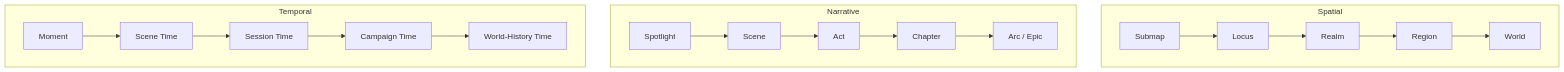
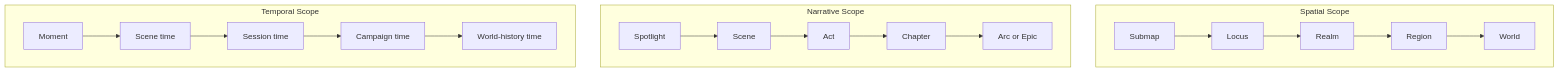
Before and after one commit to robert-kurcina/vault-age: the diagram in 25_Spatial_Narrative_Temporal_Scope/WP_02B_Spatial_Narrative_Temporal_Scope.md, drawn with Mermaid. The commit also changed other lines of this file and 21 other files, not shown here.

````diff
--- a/25_Spatial_Narrative_Temporal_Scope/WP_02B_Spatial_Narrative_Temporal_Scope.md
+++ b/25_Spatial_Narrative_Temporal_Scope/WP_02B_Spatial_Narrative_Temporal_Scope.md
@@ -17,12 +13,12 @@
 ```mermaid
 flowchart TB
-    subgraph Spatial
+    subgraph Spatial Scope
       S1[Submap] --> S2[Locus] --> S3[Realm] --> S4[Region] --> S5[World]
     end
-    subgraph Narrative
-      N1[Spotlight] --> N2[Scene] --> N3[Act] --> N4[Chapter] --> N5[Arc / Epic]
+    subgraph Narrative Scope
+      N1[Spotlight] --> N2[Scene] --> N3[Act] --> N4[Chapter] --> N5[Arc or Epic]
     end
-    subgraph Temporal
-      T1[Moment] --> T2[Scene Time] --> T3[Session Time] --> T4[Campaign Time] --> T5[World-History Time]
+    subgraph Temporal Scope
+      T1[Moment] --> T2[Scene time] --> T3[Session time] --> T4[Campaign time] --> T5[World-history time]
     end
 ```
````
